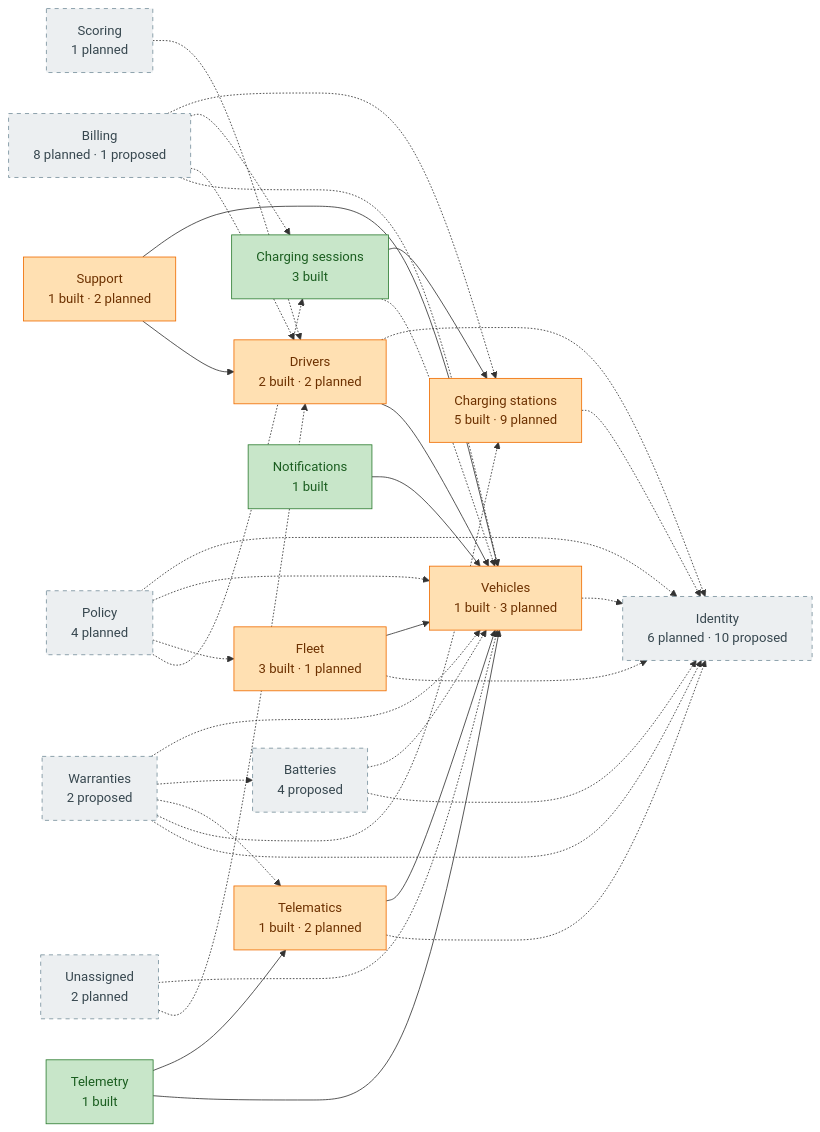
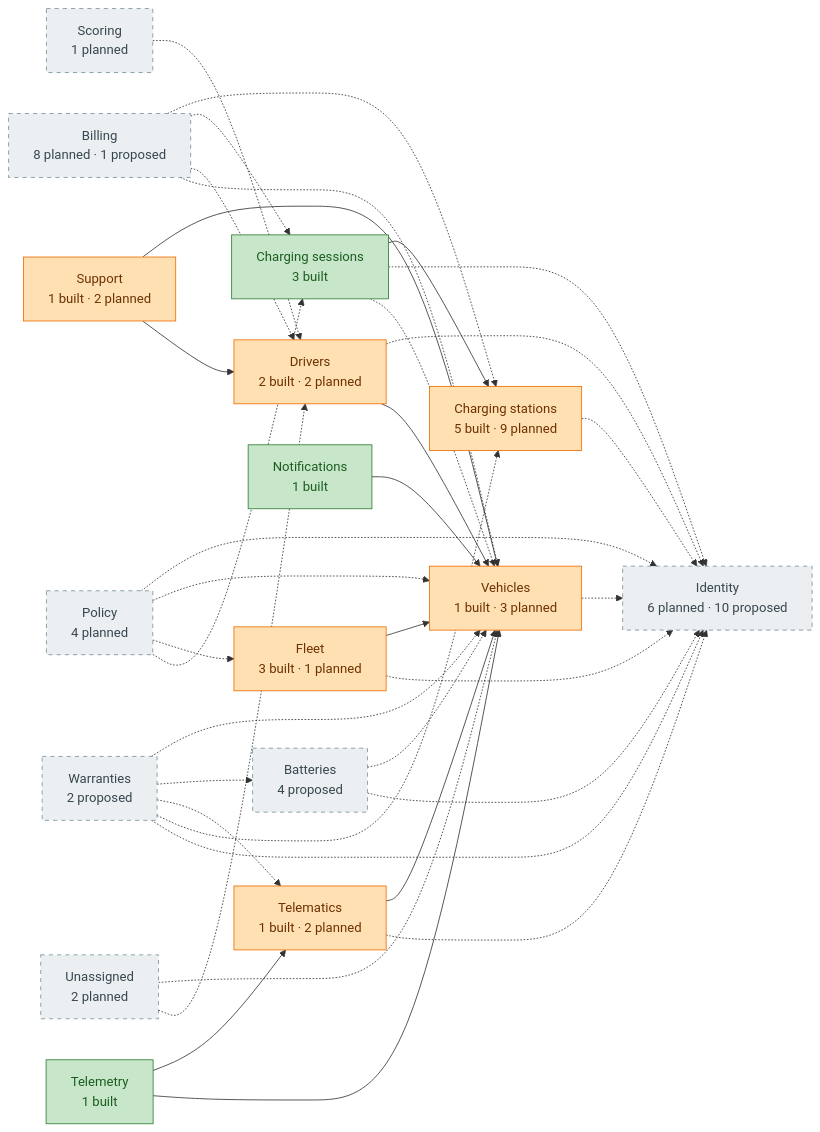
One commit to yolo-coccoc/G3Network-app changed the diagram in docs/design/domain-model/overview.md. Above: the diagram before and after it, drawn with Mermaid. The commit also changed 9 other files, not shown here.

First line of the commit message:
docs(domain-model): review the charging sessions table

````diff
--- a/docs/design/domain-model/overview.md
+++ b/docs/design/domain-model/overview.md
@@ -28,55 +28,56 @@
 ```mermaid
 flowchart LR
   identity["Identity<br/>6 planned · 10 proposed"]:::planned
   vehicles["Vehicles<br/>1 built · 3 planned"]:::partial
   batteries["Batteries<br/>4 proposed"]:::planned
   warranties["Warranties<br/>2 proposed"]:::planned
   telematics["Telematics<br/>1 built · 2 planned"]:::partial
   telemetry["Telemetry<br/>1 built"]:::built
   drivers["Drivers<br/>2 built · 2 planned"]:::partial
   fleet["Fleet<br/>3 built · 1 planned"]:::partial
   charging_stations["Charging stations<br/>5 built · 9 planned"]:::partial
   charging_sessions["Charging sessions<br/>3 built"]:::built
   notifications["Notifications<br/>1 built"]:::built
   support["Support<br/>1 built · 2 planned"]:::partial
   policy["Policy<br/>4 planned"]:::planned
   billing["Billing<br/>8 planned · 1 proposed"]:::planned
   scoring["Scoring<br/>1 planned"]:::planned
   unassigned["Unassigned<br/>2 planned"]:::planned
   batteries -.-> vehicles
   warranties -.-> vehicles
   warranties -.-> batteries
   warranties -.-> telematics
   warranties -.-> charging_stations
   telematics --> vehicles
   telemetry --> telematics
   telemetry --> vehicles
   drivers -.-> identity
   drivers --> vehicles
   fleet --> vehicles
   fleet -.-> identity
   charging_stations -.-> identity
   charging_sessions --> charging_stations
+  charging_sessions -.-> identity
   charging_sessions -.-> vehicles
   notifications --> vehicles
   support --> vehicles
   support --> drivers
   policy -.-> identity
   policy -.-> vehicles
   policy -.-> fleet
   policy -.-> charging_sessions
   billing -.-> charging_stations
   billing -.-> charging_sessions
   billing -.-> drivers
   billing -.-> vehicles
   scoring -.-> drivers
   unassigned -.-> vehicles
   unassigned -.-> drivers
   vehicles -.-> identity
   batteries -.-> identity
   warranties -.-> identity
   telematics -.-> identity
   classDef built fill:#C8E6C9,stroke:#2E7D32,color:#1B5E20
   classDef partial fill:#FFE0B2,stroke:#EF6C00,color:#6D3100
   classDef planned fill:#ECEFF1,stroke:#78909C,color:#37474F,stroke-dasharray:5 5
 ```
````
